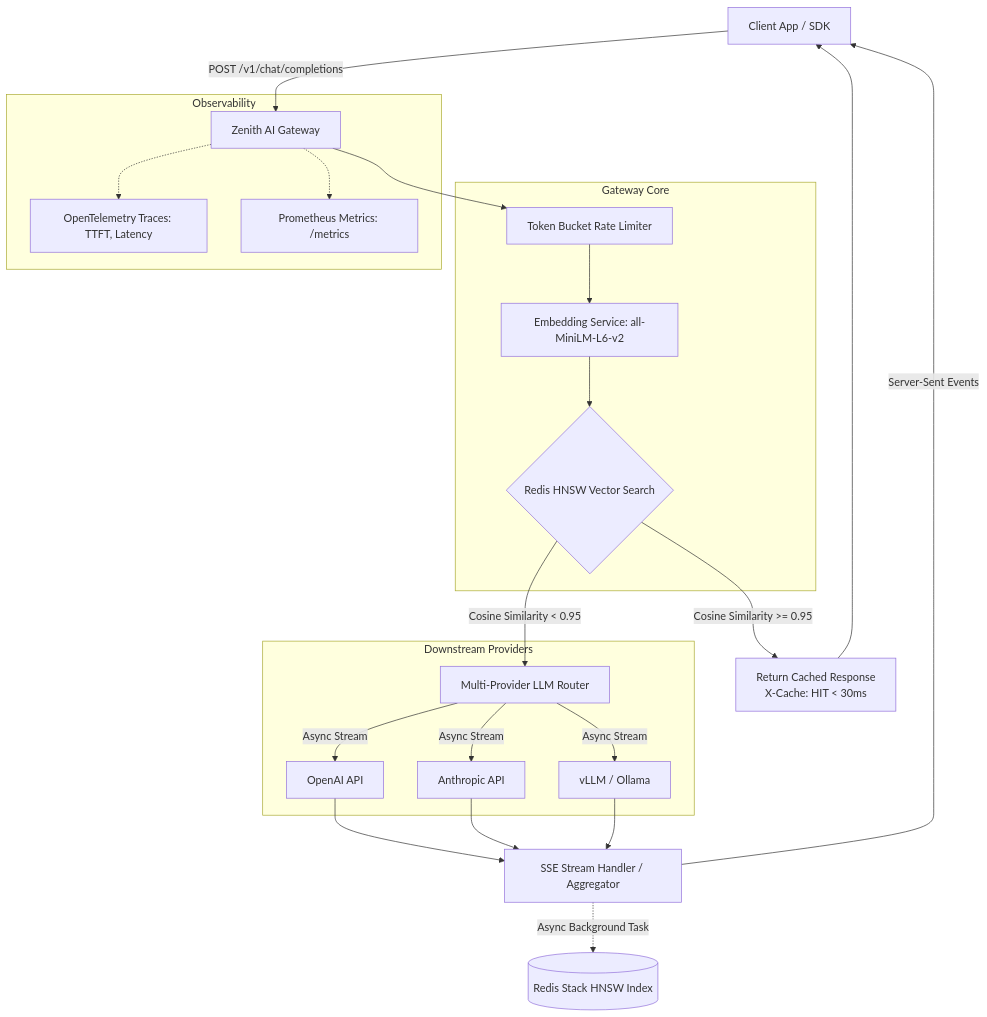
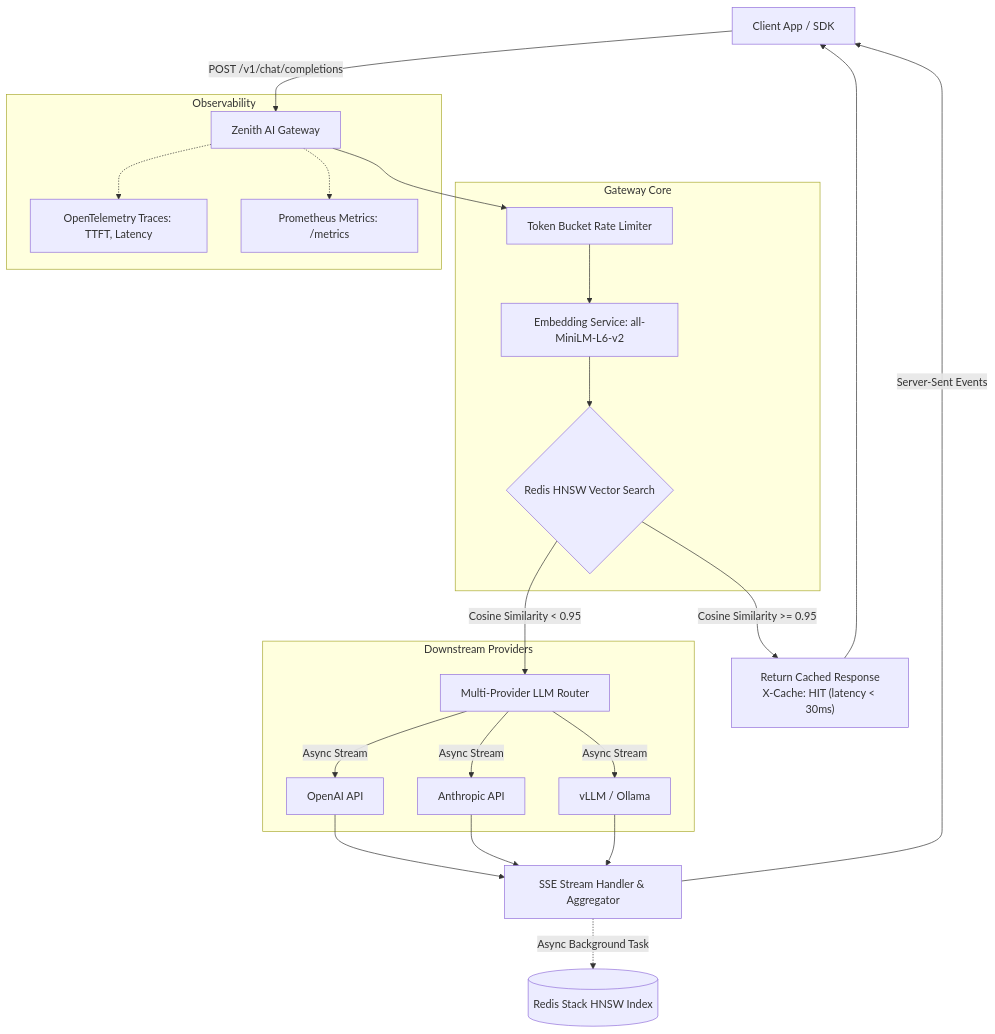
The diagram in README.md (avadhut-kore/zenith-ai-gateway), drawn with Mermaid before and after one commit.

Commit message:
docs: fix Mermaid syntax for GitHub rendering

````diff
--- a/README.md
+++ b/README.md
@@ -14,34 +14,34 @@
 ```mermaid
 flowchart TD
-    Client[Client App / SDK] -->|POST /v1/chat/completions| Gateway[Zenith AI Gateway]
+    Client["Client App / SDK"] -->|"POST /v1/chat/completions"| Gateway["Zenith AI Gateway"]
     
-    subgraph Gateway Core
-        RL[Token Bucket Rate Limiter] --> Embed[Embedding Service: all-MiniLM-L6-v2]
-        Embed --> CacheCheck{Redis HNSW Vector Search}
+    subgraph Gateway_Core ["Gateway Core"]
+        RL["Token Bucket Rate Limiter"] --> Embed["Embedding Service: all-MiniLM-L6-v2"]
+        Embed --> CacheCheck{"Redis HNSW Vector Search"}
     end
     
     Gateway --> RL
     
-    CacheCheck -->|Cosine Similarity >= 0.95| CacheHit[Return Cached Response<br/>X-Cache: HIT &lt; 30ms]
+    CacheCheck -->|"Cosine Similarity >= 0.95"| CacheHit["Return Cached Response<br/>X-Cache: HIT (latency < 30ms)"]
     CacheHit --> Client
     
-    CacheCheck -->|Cosine Similarity < 0.95| LLMRouter[Multi-Provider LLM Router]
+    CacheCheck -->|"Cosine Similarity < 0.95"| LLMRouter["Multi-Provider LLM Router"]
     
-    subgraph Downstream Providers
-        LLMRouter -->|Async Stream| OpenAI[OpenAI API]
-        LLMRouter -->|Async Stream| Anthropic[Anthropic API]
-        LLMRouter -->|Async Stream| LocalLLM[vLLM / Ollama]
+    subgraph Downstream_Providers ["Downstream Providers"]
+        LLMRouter -->|"Async Stream"| OpenAI["OpenAI API"]
+        LLMRouter -->|"Async Stream"| Anthropic["Anthropic API"]
+        LLMRouter -->|"Async Stream"| LocalLLM["vLLM / Ollama"]
     end
     
-    OpenAI --> StreamHandler[SSE Stream Handler / Aggregator]
+    OpenAI --> StreamHandler["SSE Stream Handler & Aggregator"]
     Anthropic --> StreamHandler
     LocalLLM --> StreamHandler
     
-    StreamHandler -->|Server-Sent Events| Client
-    StreamHandler -.->|Async Background Task| RedisWrite[(Redis Stack HNSW Index)]
+    StreamHandler -->|"Server-Sent Events"| Client
+    StreamHandler -.->|"Async Background Task"| RedisWrite[("Redis Stack HNSW Index")]
     
-    subgraph Observability
-        Gateway -.-> OTEL[OpenTelemetry Traces: TTFT, Latency]
-        Gateway -.-> Prom[Prometheus Metrics: /metrics]
+    subgraph Observability ["Observability"]
+        Gateway -.-> OTEL["OpenTelemetry Traces: TTFT, Latency"]
+        Gateway -.-> Prom["Prometheus Metrics: /metrics"]
     end
 ```
````
